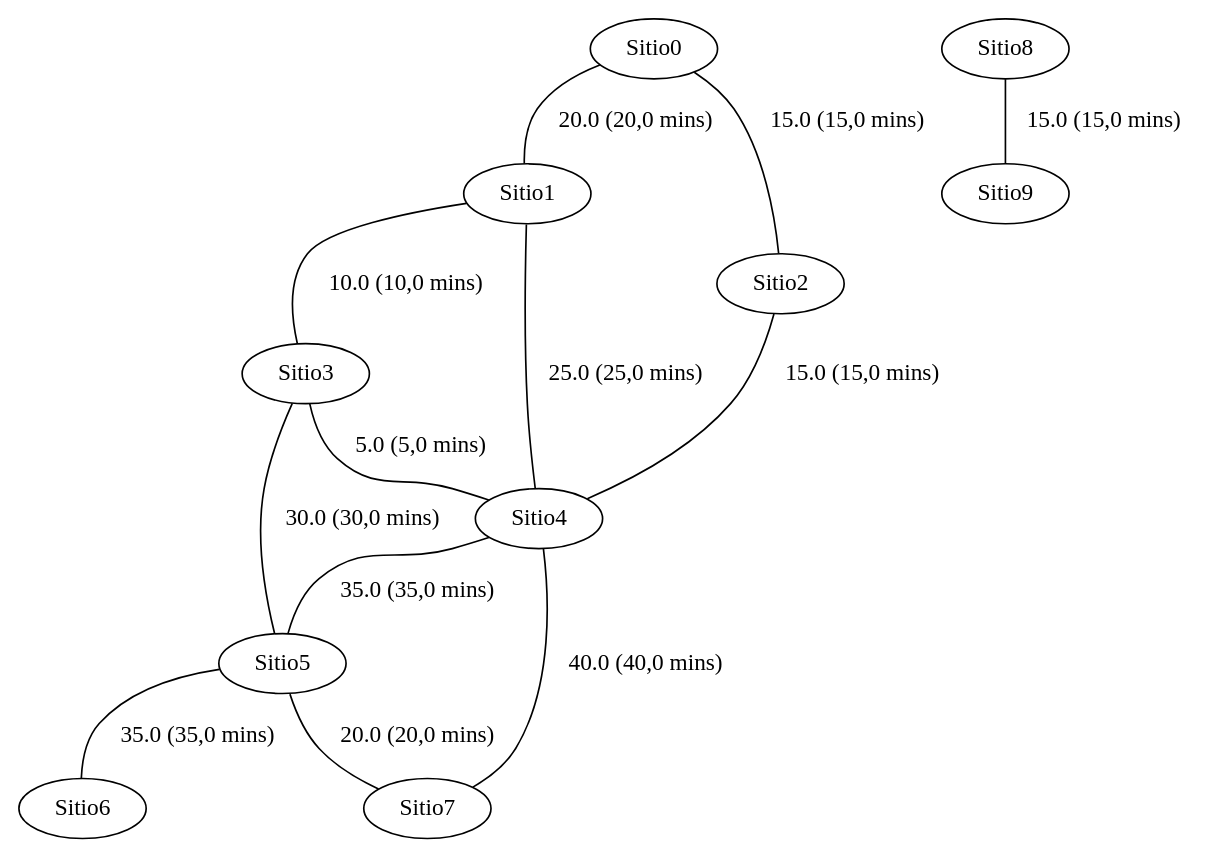
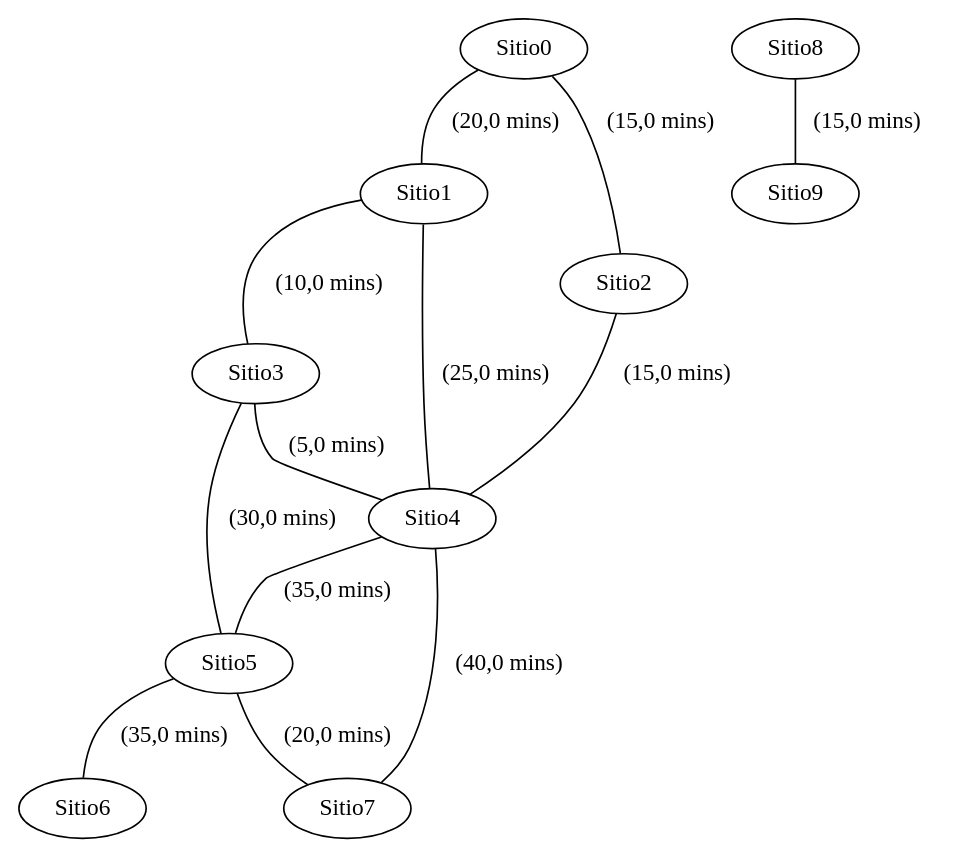
The diagram in PracticaIndividual3_2/ficheros/Monumentos.gv (Alvarofb7/ADDA), drawn with Graphviz before and after one commit. The commit also changed 4 other files, not shown here.

```diff
--- a/PracticaIndividual3_2/ficheros/Monumentos.gv
+++ b/PracticaIndividual3_2/ficheros/Monumentos.gv
@@ -1,24 +1,24 @@
 strict graph G {
   1 [ label="Sitio0" ];
   2 [ label="Sitio1" ];
   3 [ label="Sitio2" ];
   4 [ label="Sitio3" ];
   5 [ label="Sitio4" ];
   6 [ label="Sitio5" ];
   7 [ label="Sitio6" ];
   8 [ label="Sitio7" ];
   9 [ label="Sitio8" ];
   10 [ label="Sitio9" ];
-  1 -- 2 [ label="20.0 (20,0 mins)" ];
-  1 -- 3 [ label="15.0 (15,0 mins)" ];
-  2 -- 4 [ label="10.0 (10,0 mins)" ];
-  2 -- 5 [ label="25.0 (25,0 mins)" ];
-  3 -- 5 [ label="15.0 (15,0 mins)" ];
-  4 -- 5 [ label="5.0 (5,0 mins)" ];
-  4 -- 6 [ label="30.0 (30,0 mins)" ];
-  5 -- 6 [ label="35.0 (35,0 mins)" ];
-  5 -- 8 [ label="40.0 (40,0 mins)" ];
-  6 -- 7 [ label="35.0 (35,0 mins)" ];
-  6 -- 8 [ label="20.0 (20,0 mins)" ];
-  9 -- 10 [ label="15.0 (15,0 mins)" ];
+  1 -- 2 [ label=" (20,0 mins)" ];
+  1 -- 3 [ label=" (15,0 mins)" ];
+  2 -- 4 [ label=" (10,0 mins)" ];
+  2 -- 5 [ label=" (25,0 mins)" ];
+  3 -- 5 [ label=" (15,0 mins)" ];
+  4 -- 5 [ label=" (5,0 mins)" ];
+  4 -- 6 [ label=" (30,0 mins)" ];
+  5 -- 6 [ label=" (35,0 mins)" ];
+  5 -- 8 [ label=" (40,0 mins)" ];
+  6 -- 7 [ label=" (35,0 mins)" ];
+  6 -- 8 [ label=" (20,0 mins)" ];
+  9 -- 10 [ label=" (15,0 mins)" ];
 }
```
